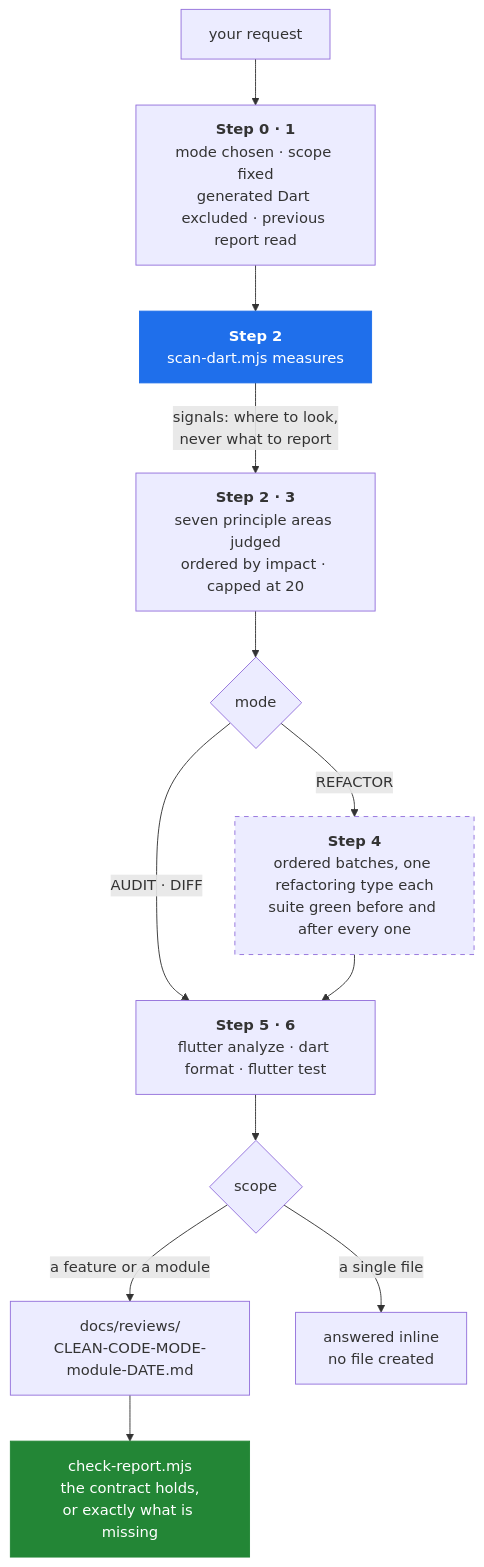
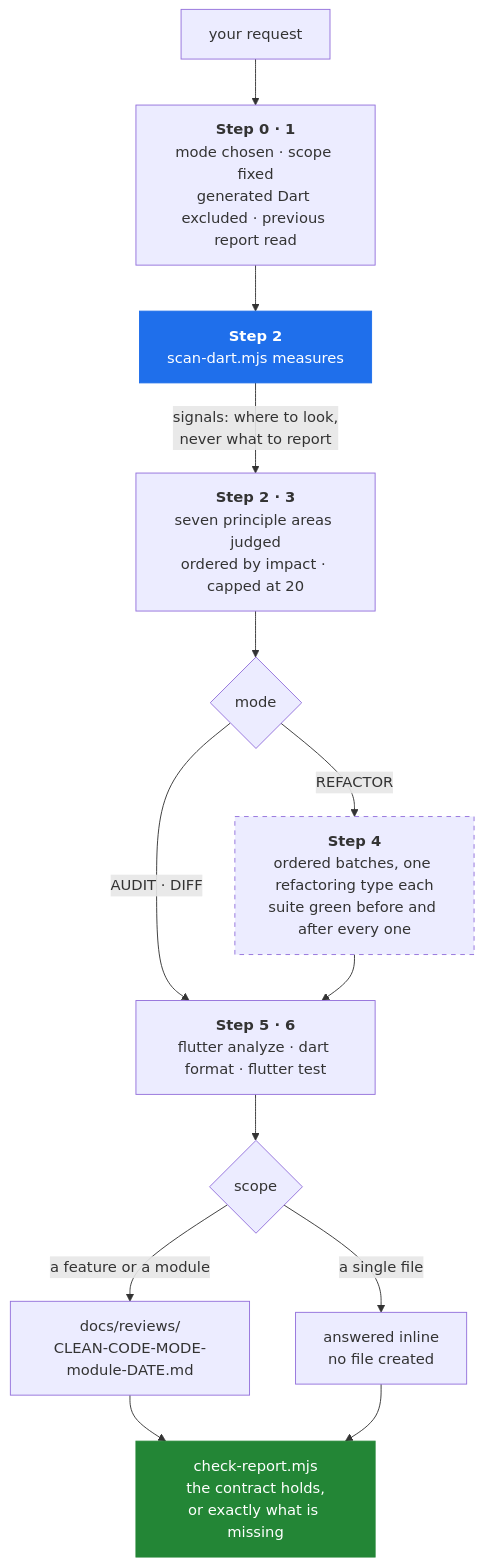
One commit to MahmoudEssa603/flutter-clean-code changed the diagram in README.md. Above: the diagram before and after it, drawn with Mermaid. The commit also changed other lines of this file, not shown here.

````diff
--- a/README.md
+++ b/README.md
@@ -67,18 +67,19 @@
 ```mermaid
 flowchart TD
     A["your request"] --> B["<b>Step 0 · 1</b><br/>mode chosen · scope fixed<br/>generated Dart excluded · previous report read"]
     B --> C["<b>Step 2</b><br/>scan-dart.mjs measures"]
     C -->|"signals: where to look,<br/>never what to report"| D["<b>Step 2 · 3</b><br/>seven principle areas judged<br/>ordered by impact · capped at 20"]
     D --> M{"mode"}
     M -->|"REFACTOR"| F["<b>Step 4</b><br/>ordered batches, one refactoring type each<br/>suite green before and after every one"]
     M -->|"AUDIT · DIFF"| V
     F --> V["<b>Step 5 · 6</b><br/>flutter analyze · dart format · flutter test"]
     V --> S{"scope"}
     S -->|"a feature or a module"| R["docs/reviews/<br/>CLEAN-CODE-MODE-module-DATE.md"]
     S -->|"a single file"| I["answered inline<br/>no file created"]
     R --> K["check-report.mjs<br/>the contract holds,<br/>or exactly what is missing"]
+    I --> K
 
     style C fill:#1f6feb,stroke:#1f6feb,color:#fff
     style K fill:#238636,stroke:#238636,color:#fff
     style F stroke-dasharray: 5 5
 ```
````
